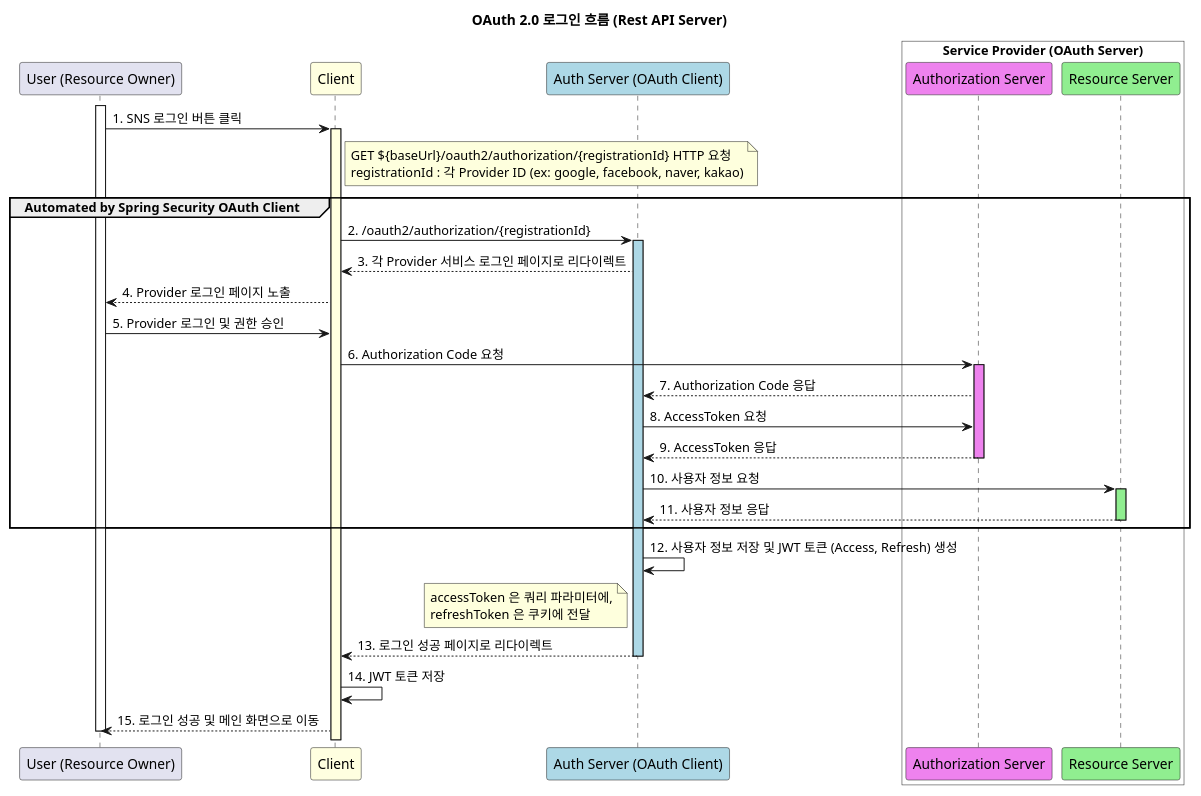
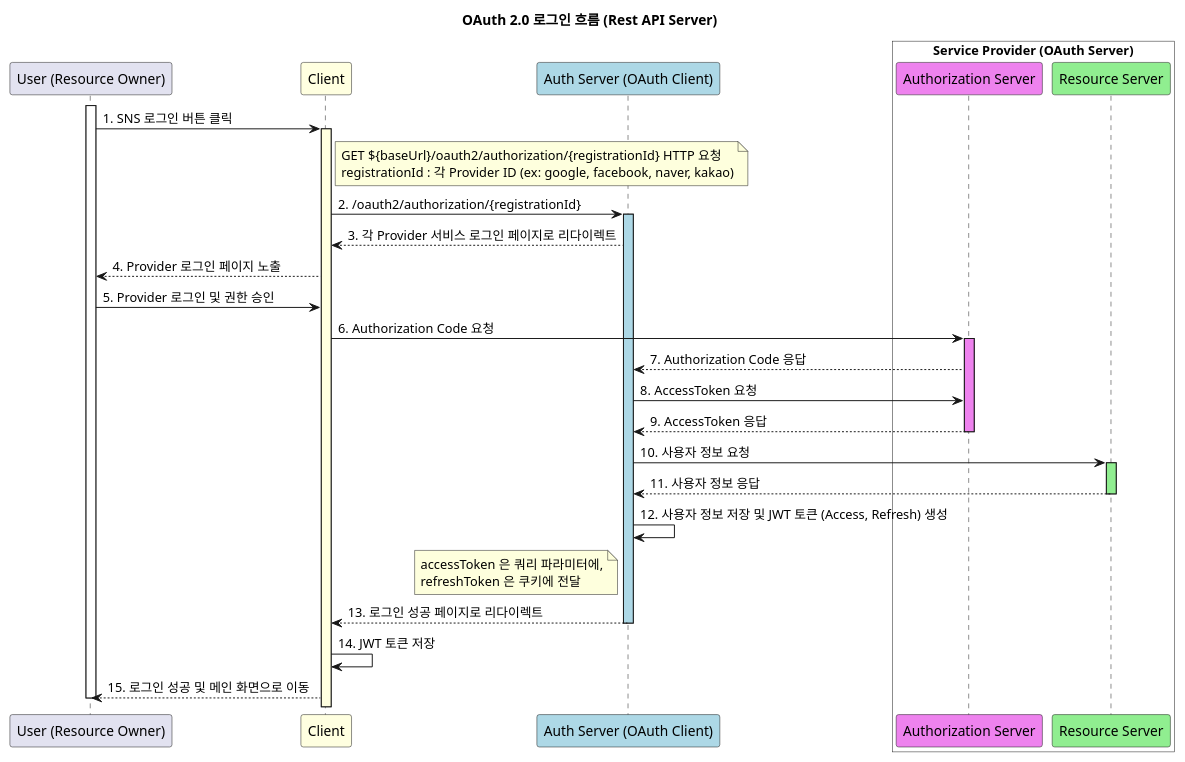
Before and after one commit to guyko91/auth_spring_security: the diagram in uml/oauth-flow.puml, drawn with PlantUML.

Commit message:
[docs] oauth 흐름 uml 문서 추가.

```diff
--- a/uml/oauth-flow.puml
+++ b/uml/oauth-flow.puml
@@ -1,59 +1,59 @@
 @startuml
 title OAuth 2.0 로그인 흐름 (Rest API Server)
 
 '---------------------------------------------------
 ' 객체 정의
 '---------------------------------------------------
 participant "User (Resource Owner)"           as USER
 participant "Client"                          as CLIENT #lightyellow
 participant "Auth Server (OAuth Client)"                    as SERVER #lightblue
 box "Service Provider (OAuth Server)" #white
 participant "Authorization Server" as AUTH_SERVER #violet
 participant "Resource Server"     as RESOURCE_SERVER #lightgreen
 end box
 
 '---------------------------------------------------
 ' OAuth 2.0 Authorization Flow
 '---------------------------------------------------
 ACTIVATE USER
 USER -> CLIENT : 1. SNS 로그인 버튼 클릭
 note right of CLIENT
   GET ${baseUrl}/oauth2/authorization/{registrationId} HTTP 요청
   registrationId : 각 Provider ID (ex: google, facebook, naver, kakao)
 end note
 
-group Automated by Spring Security OAuth Client
+'group Automated by Spring Security OAuth Client
   ACTIVATE CLIENT #lightyellow
   CLIENT -> SERVER : 2. /oauth2/authorization/{registrationId}
 
   ACTIVATE SERVER #lightblue
   SERVER --> CLIENT : 3. 각 Provider 서비스 로그인 페이지로 리다이렉트
   CLIENT --> USER : 4. Provider 로그인 페이지 노출
   USER -> CLIENT : 5. Provider 로그인 및 권한 승인
   CLIENT -> AUTH_SERVER : 6. Authorization Code 요청
 
   ACTIVATE AUTH_SERVER #violet
   AUTH_SERVER --> SERVER : 7. Authorization Code 응답
   SERVER -> AUTH_SERVER : 8. AccessToken 요청
   AUTH_SERVER --> SERVER : 9. AccessToken 응답
   DEACTIVATE AUTH_SERVER
 
   SERVER -> RESOURCE_SERVER : 10. 사용자 정보 요청
   ACTIVATE RESOURCE_SERVER #lightgreen
   RESOURCE_SERVER --> SERVER : 11. 사용자 정보 응답
   DEACTIVATE RESOURCE_SERVER
-end
+'end
 
 SERVER -> SERVER : 12. 사용자 정보 저장 및 JWT 토큰 (Access, Refresh) 생성
 note left of SERVER
   accessToken 은 쿼리 파라미터에,
   refreshToken 은 쿠키에 전달
 end note
 SERVER --> CLIENT : 13. 로그인 성공 페이지로 리다이렉트
 DEACTIVATE SERVER
 CLIENT -> CLIENT : 14. JWT 토큰 저장
 CLIENT --> USER : 15. 로그인 성공 및 메인 화면으로 이동
 
 DEACTIVATE USER
 
 @enduml
```
